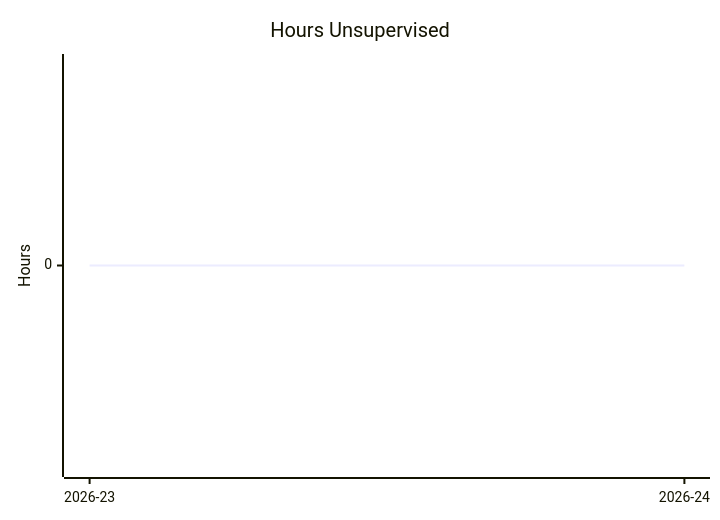
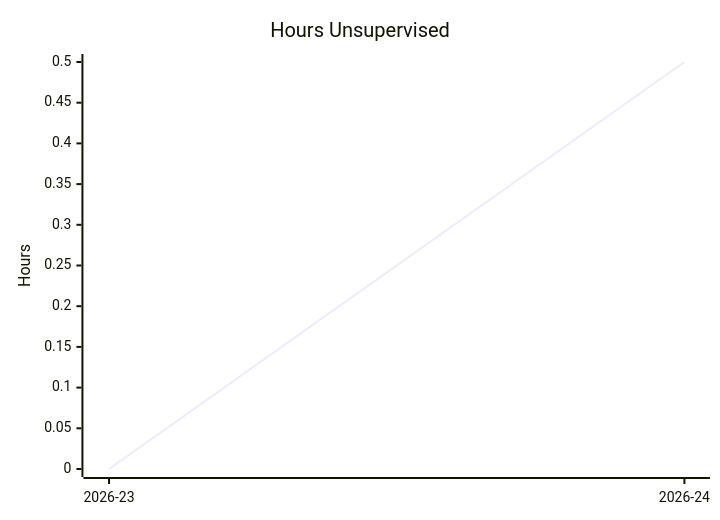
The first of 7 diagrams in product-planning/reports/progress-2026-24.md (cloudbeagle/mispel-deadline-tracker), drawn with Mermaid before and after one commit. The commit also changed other lines of this file, not shown here.

````diff
--- a/product-planning/reports/progress-2026-24.md
+++ b/product-planning/reports/progress-2026-24.md
@@ -23,7 +23,7 @@
 ```mermaid
 xychart-beta
     title "Hours Unsupervised"
     x-axis ["2026-23", "2026-24"]
     y-axis "Hours"
-    line [0, 0]
+    line [0, 0.5]
 ```
````
